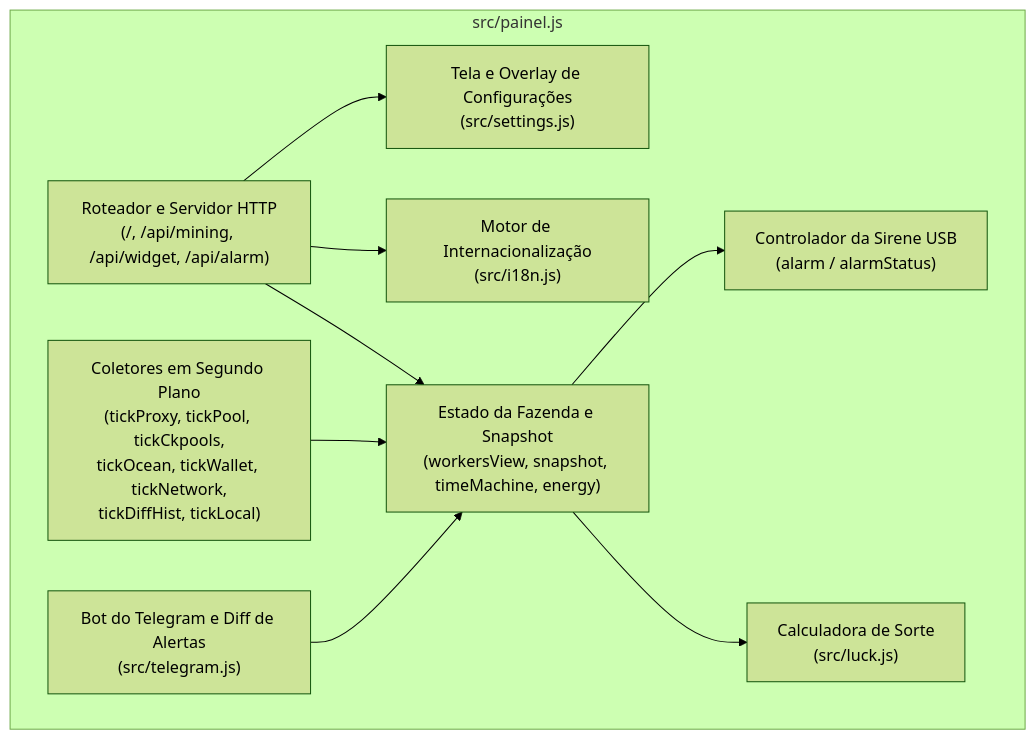
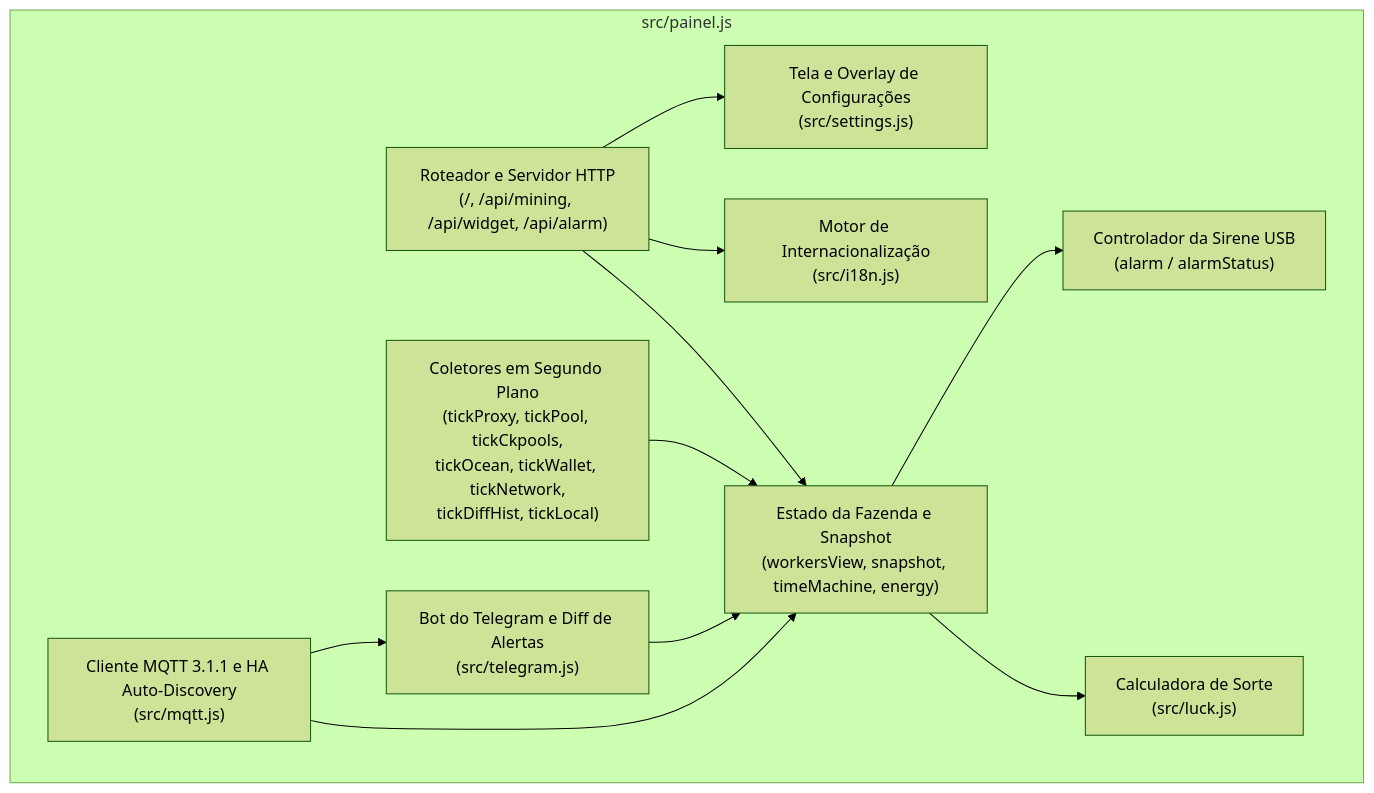
Before and after one commit to Modanez/HomeMinerProxy: the fourth of 6 diagrams in docs/c4/README.pt-BR.md, drawn with Mermaid (forest theme). The commit also changed other lines of this file and 22 other files, not shown here.

Commit message:
feat: add zero-dependency MQTT 3.1.1 client and Home Assistant Auto-Discovery

````diff
--- a/docs/c4/README.pt-BR.md
+++ b/docs/c4/README.pt-BR.md
@@ -138,21 +141,24 @@
 ```mermaid
 flowchart TB
     subgraph PainelProcess["src/painel.js"]
         HTTPServer["Roteador e Servidor HTTP\n(/, /api/mining, /api/widget, /api/alarm)"]
         Collectors["Coletores em Segundo Plano\n(tickProxy, tickPool, tickCkpools,\ntickOcean, tickWallet, tickNetwork,\ntickDiffHist, tickLocal)"]
         StateEngine["Estado da Fazenda e Snapshot\n(workersView, snapshot, timeMachine, energy)"]
         LuckMod["Calculadora de Sorte\n(src/luck.js)"]
         I18nMod["Motor de Internacionalização\n(src/i18n.js)"]
         SettingsMod["Tela e Overlay de Configurações\n(src/settings.js)"]
         TelegramMod["Bot do Telegram e Diff de Alertas\n(src/telegram.js)"]
+        MqttMod["Cliente MQTT 3.1.1 e HA Auto-Discovery\n(src/mqtt.js)"]
         AlarmMod["Controlador da Sirene USB\n(alarm / alarmStatus)"]
     end
 
     Collectors --> StateEngine
     StateEngine --> LuckMod
     StateEngine --> AlarmMod
     HTTPServer --> StateEngine
     HTTPServer --> I18nMod
     HTTPServer --> SettingsMod
     TelegramMod --> StateEngine
+    MqttMod --> StateEngine
+    MqttMod --> TelegramMod
 ```
````
